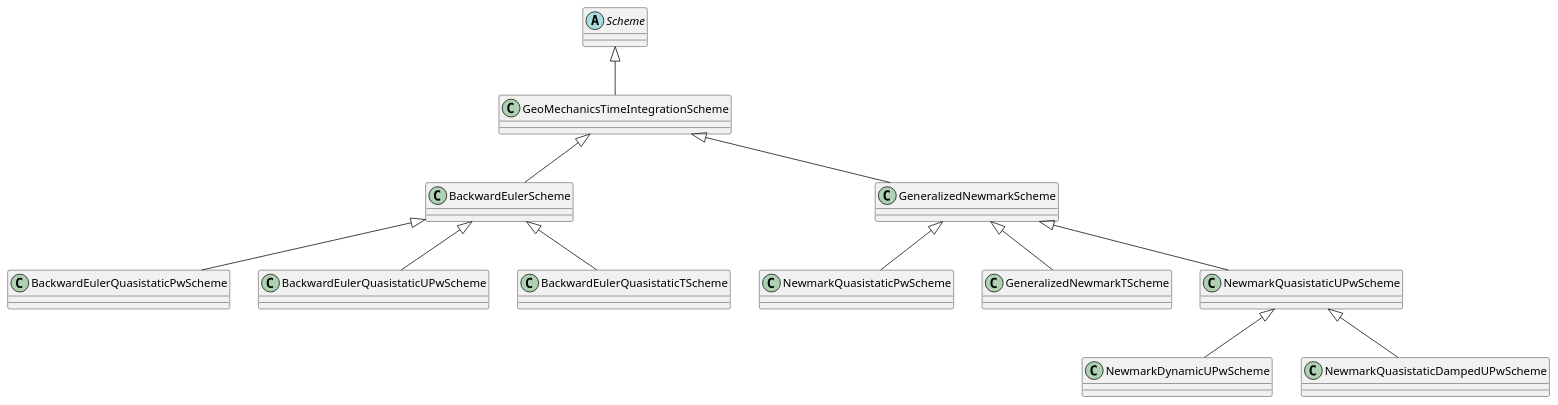
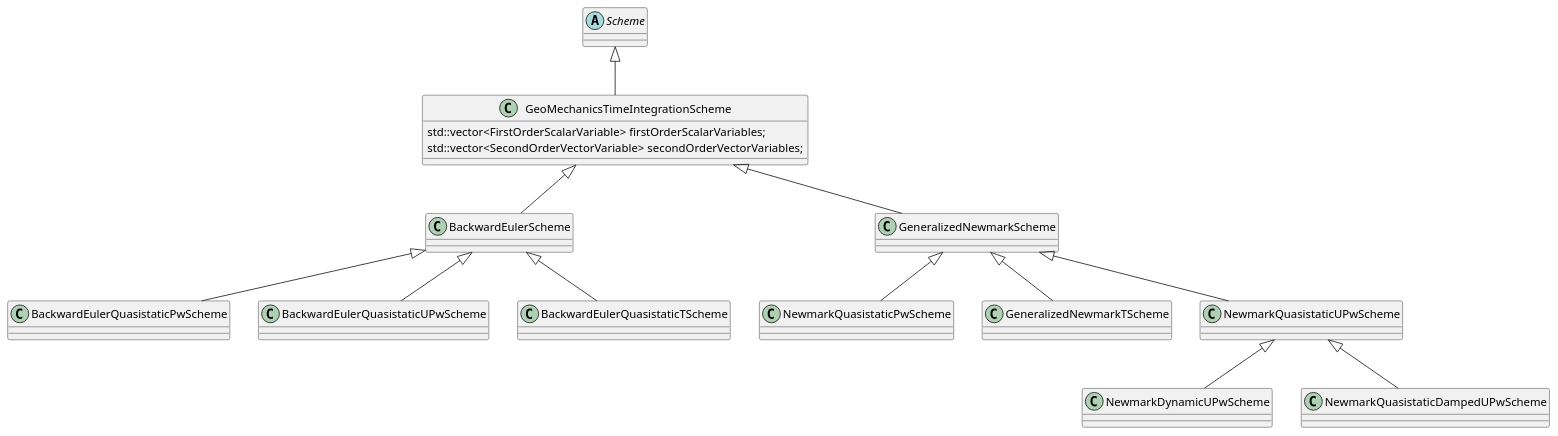
Before and after one commit to KratosMultiphysics/Kratos: the diagram in applications/GeoMechanicsApplication/custom_strategies/schemes/SchemeStructure.puml, drawn with PlantUML. The commit also changed 2 other files, not shown here.

```diff
--- a/applications/GeoMechanicsApplication/custom_strategies/schemes/SchemeStructure.puml
+++ b/applications/GeoMechanicsApplication/custom_strategies/schemes/SchemeStructure.puml
@@ -1,32 +1,36 @@
 @startuml
 'https://plantuml.com/class-diagram
 
 abstract class Scheme
 class GeoMechanicsTimeIntegrationScheme
+{
+    std::vector<FirstOrderScalarVariable> firstOrderScalarVariables;
+    std::vector<SecondOrderVectorVariable> secondOrderVectorVariables;
+}
 Scheme <|-- GeoMechanicsTimeIntegrationScheme
 
 class BackwardEulerScheme
 class BackwardEulerQuasistaticPwScheme
 class BackwardEulerQuasistaticUPwScheme
 class BackwardEulerQuasistaticTScheme
 
 GeoMechanicsTimeIntegrationScheme <|-- BackwardEulerScheme
 BackwardEulerScheme <|-- BackwardEulerQuasistaticPwScheme
 BackwardEulerScheme <|-- BackwardEulerQuasistaticUPwScheme
 BackwardEulerScheme <|-- BackwardEulerQuasistaticTScheme
 
 class GeneralizedNewmarkScheme
 class NewmarkQuasistaticPwScheme
 class GeneralizedNewmarkTScheme
 class NewmarkQuasistaticUPwScheme
 class NewmarkDynamicUPwScheme
 class NewmarkQuasistaticDampedUPwScheme
 
 GeoMechanicsTimeIntegrationScheme <|-- GeneralizedNewmarkScheme
 GeneralizedNewmarkScheme <|-- NewmarkQuasistaticPwScheme
 GeneralizedNewmarkScheme <|-- GeneralizedNewmarkTScheme
 GeneralizedNewmarkScheme <|-- NewmarkQuasistaticUPwScheme
 NewmarkQuasistaticUPwScheme <|-- NewmarkDynamicUPwScheme
 NewmarkQuasistaticUPwScheme <|-- NewmarkQuasistaticDampedUPwScheme
 
 @enduml
```
